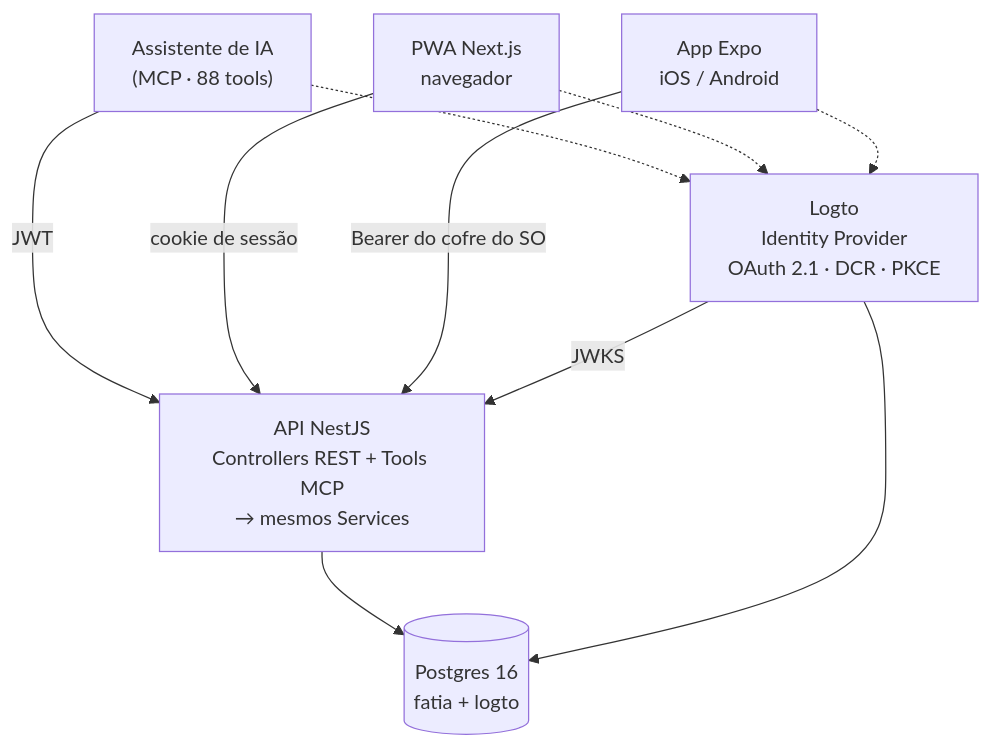
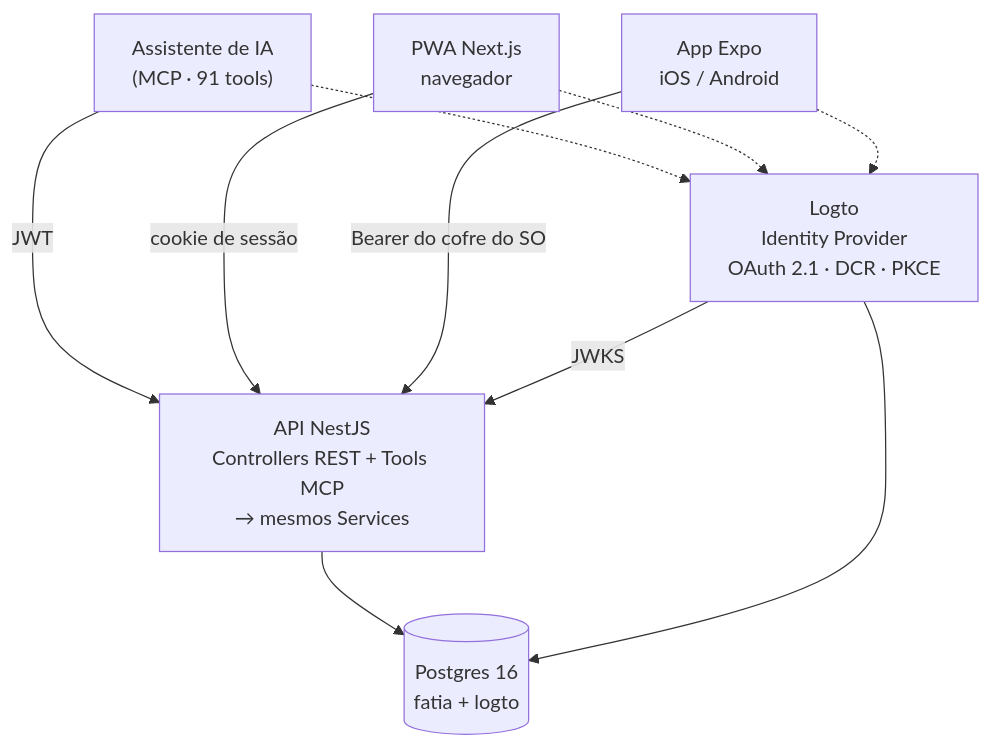
Before and after one commit to ThiagoCarreiraVallim/fatia: the diagram in README.md, drawn with Mermaid. The commit also changed other lines of this file and 35 other files, not shown here.

````diff
--- a/README.md
+++ b/README.md
@@ -32,19 +32,19 @@
 ```mermaid
 flowchart TD
-    claude["Assistente de IA<br/>(MCP · 88 tools)"]
+    claude["Assistente de IA<br/>(MCP · 91 tools)"]
     pwa["PWA Next.js<br/>navegador"]
     mobile["App Expo<br/>iOS / Android"]
     logto["Logto<br/>Identity Provider<br/>OAuth 2.1 · DCR · PKCE"]
     api["API NestJS<br/>Controllers REST + Tools MCP<br/>→ mesmos Services"]
     pg[("Postgres 16<br/>fatia + logto")]
 
     claude -- "JWT" --> api
     pwa -- "cookie de sessão" --> api
     mobile -- "Bearer do cofre do SO" --> api
     claude -.-> logto
     pwa -.-> logto
     mobile -.-> logto
     logto -- "JWKS" --> api
     api --> pg
     logto --> pg
 ```
````
